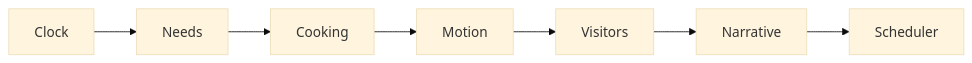
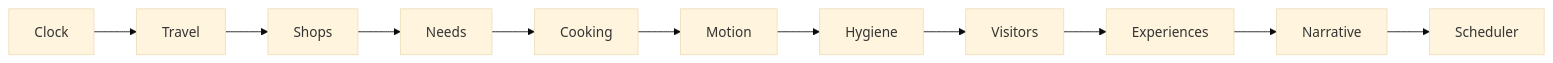
One commit to MohamedXIV/kiosk-on-the-nile changed the diagram in README.md. Above: the diagram before and after it, drawn with Mermaid (base theme). The commit also changed other lines of this file and 11 other files, not shown here.

````diff
--- a/README.md
+++ b/README.md
@@ -89,4 +93,4 @@
 ```mermaid
 flowchart LR
-  Clock --> Needs --> Cooking --> Motion --> Visitors --> Narrative --> Scheduler
+  Clock --> Travel --> Shops --> Needs --> Cooking --> Motion --> Hygiene --> Visitors --> Experiences --> Narrative --> Scheduler
 ```
````
